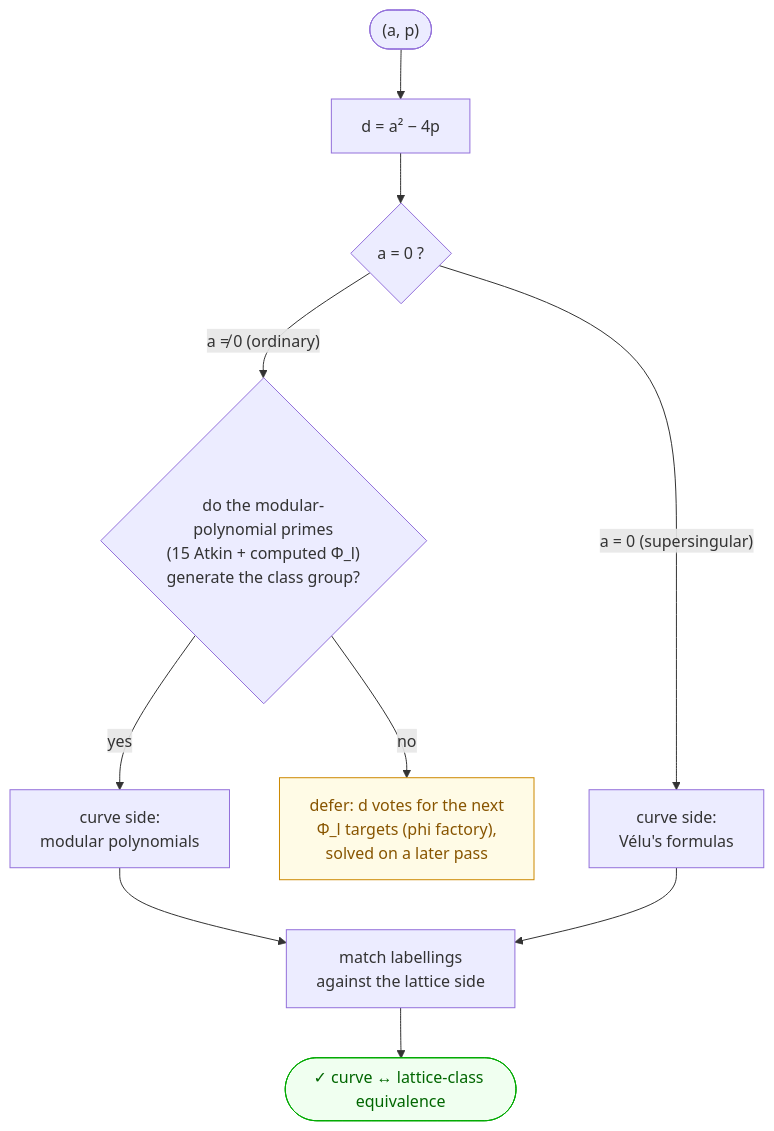
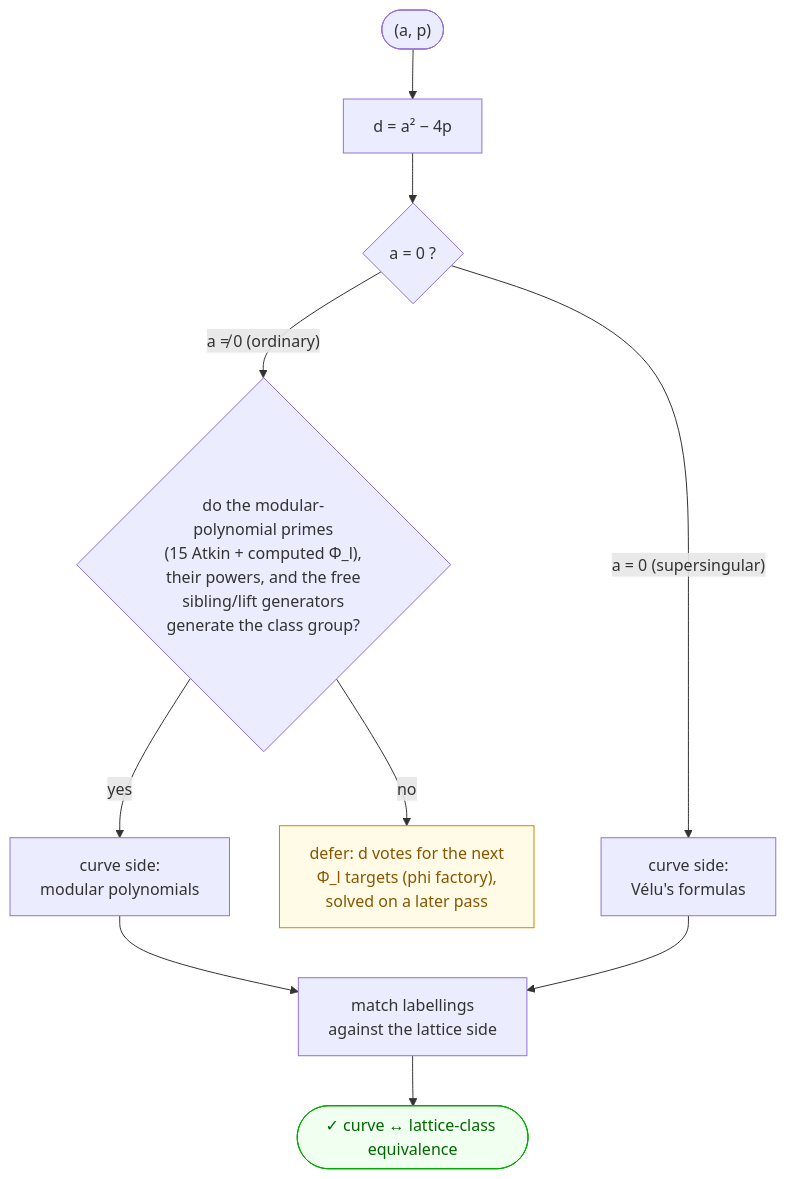
The diagram in README.md (nhajouji/ecfplat), drawn with Mermaid before and after one commit. The commit also changed other lines of this file and 4 other files, not shown here.

First line of the commit message:
Free generators: sibling ('sib', q) and lifted ('lift', q) directions

````diff
--- a/README.md
+++ b/README.md
@@ -21,16 +21,16 @@
 ```mermaid
 flowchart TD
     A(["(a, p)"]) --> B["d = a² − 4p"]
     B --> C{"a = 0 ?"}
-    C -- "a ≠ 0 (ordinary)" --> O{"do the modular-polynomial primes<br/>(15 Atkin + computed Φ_l)<br/>generate the class group?"}
+    C -- "a ≠ 0 (ordinary)" --> O{"do the modular-polynomial primes<br/>(15 Atkin + computed Φ_l),<br/>their powers, and the free<br/>sibling/lift generators<br/>generate the class group?"}
     O -- "yes" --> AT["curve side:<br/>modular polynomials"]
     O -- "no" --> D["defer: d votes for the next<br/>Φ_l targets (phi factory),<br/>solved on a later pass"]
     C -- "a = 0 (supersingular)" --> V["curve side:<br/>Vélu's formulas"]
     AT --> M["match labellings<br/>against the lattice side"]
     V --> M
     M --> Z(["✓ curve ↔ lattice-class equivalence"])
     classDef defer fill:#fffbe6,stroke:#cc8800,color:#885500;
     classDef done fill:#f0fff0,stroke:#00aa00,color:#006600;
     class D defer;
     class Z done;
 ```
````
